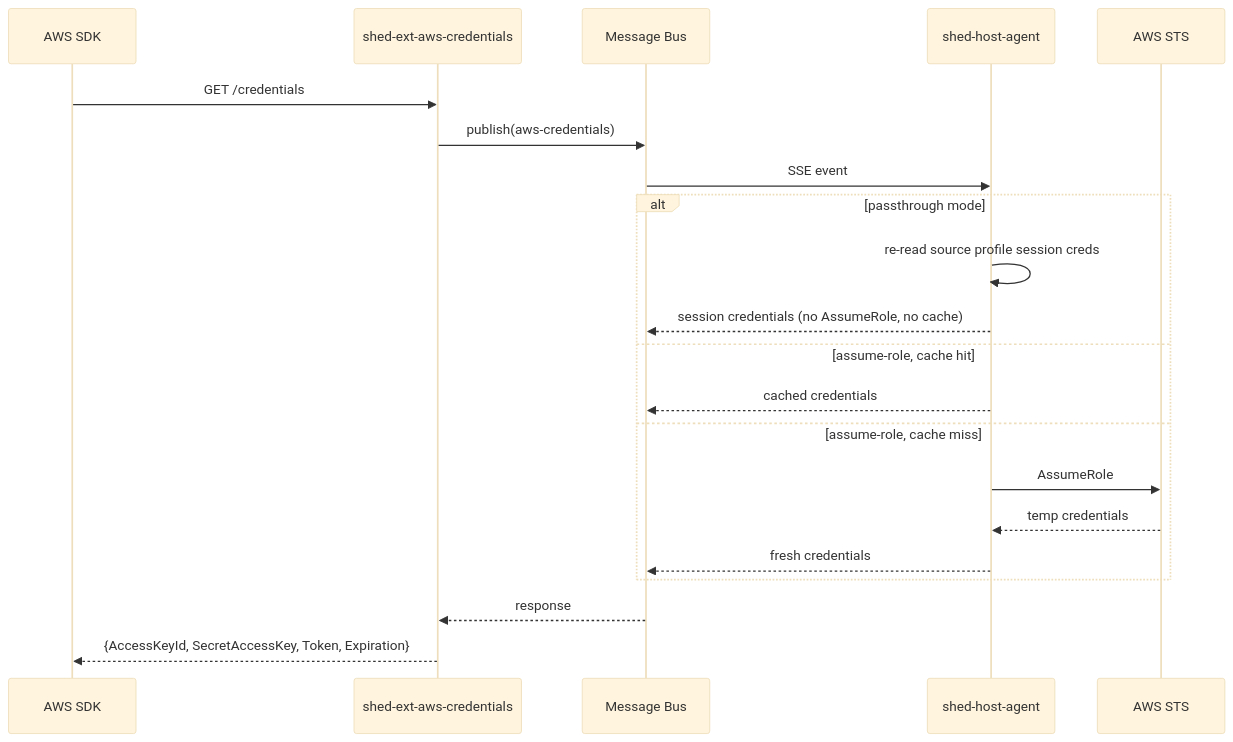
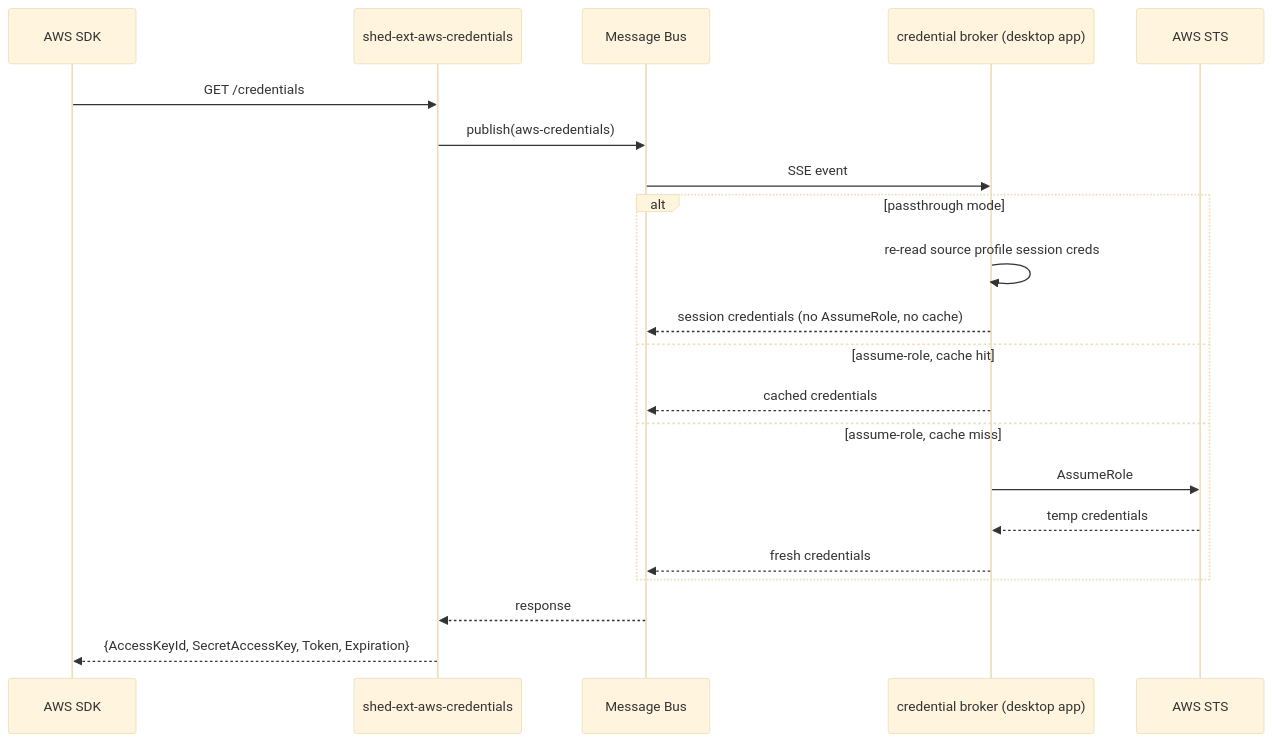
Before and after one commit to charliek/shed: the second of 3 diagrams in docs/extensions/architecture.md, drawn with Mermaid (base theme). The commit also changed other lines of this file and 34 other files, not shown here.

First line of the commit message:
docs: the desktop app is the credential broker

````diff
--- a/docs/extensions/architecture.md
+++ b/docs/extensions/architecture.md
@@ -65,24 +65,24 @@
 ```mermaid
 sequenceDiagram
     participant SDK as AWS SDK
     participant Proxy as shed-ext-aws-credentials
     participant Bus as Message Bus
-    participant Host as shed-host-agent
+    participant Host as credential broker (desktop app)
     participant STS as AWS STS
 
     SDK->>Proxy: GET /credentials
     Proxy->>Bus: publish(aws-credentials)
     Bus->>Host: SSE event
     alt passthrough mode
         Host->>Host: re-read source profile session creds
         Host-->>Bus: session credentials (no AssumeRole, no cache)
     else assume-role, cache hit
         Host-->>Bus: cached credentials
     else assume-role, cache miss
         Host->>STS: AssumeRole
         STS-->>Host: temp credentials
         Host-->>Bus: fresh credentials
     end
     Bus-->>Proxy: response
     Proxy-->>SDK: {AccessKeyId, SecretAccessKey, Token, Expiration}
 ```
````
